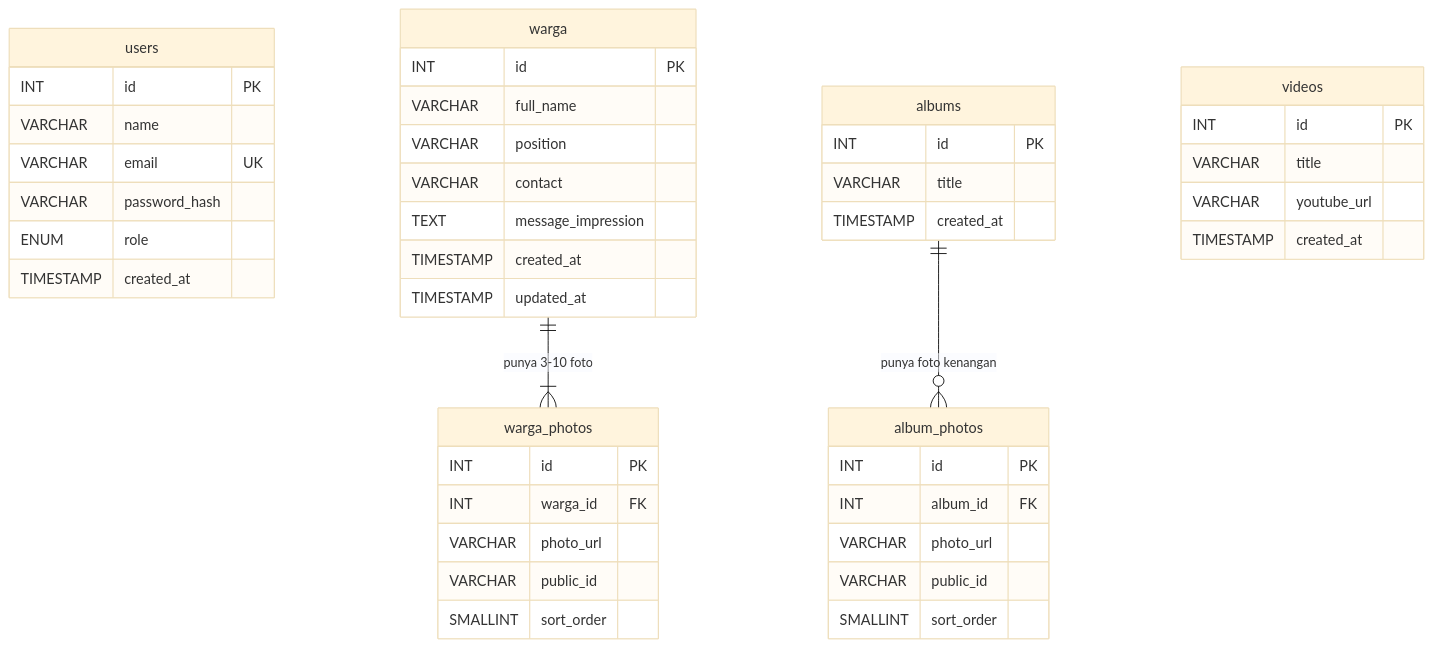
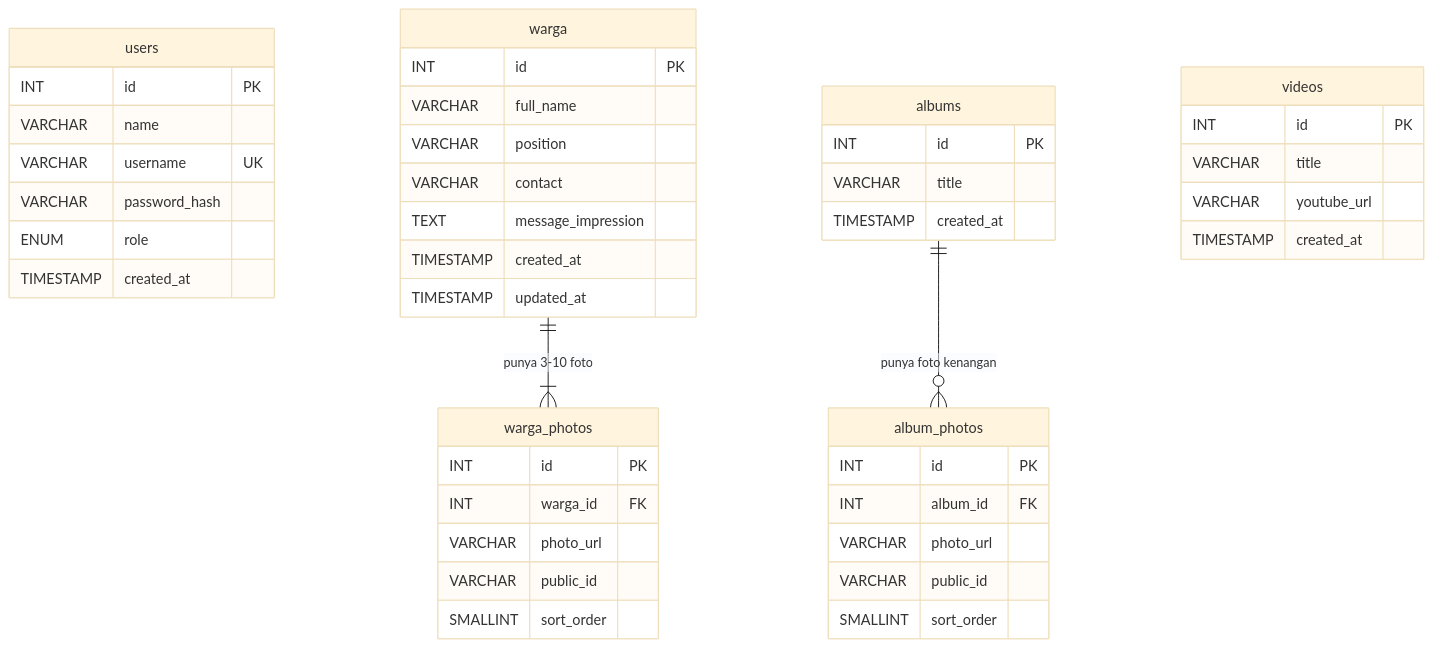
One commit to septaluardi25/warga-halim changed the diagram in docs/DATABASE_DESIGN.md. Above: the diagram before and after it, drawn with Mermaid (base theme). The commit also changed other lines of this file and 32 other files, not shown here.

Commit message:
feat(auth,warga): ubah input email menjadi username min 3 karakter dan standardisasi jabatan menjadi posisi

````diff
--- a/docs/DATABASE_DESIGN.md
+++ b/docs/DATABASE_DESIGN.md
@@ -28,48 +28,48 @@
 ```mermaid
 erDiagram
     users {
         INT id PK
         VARCHAR name
-        VARCHAR email UK
+        VARCHAR username UK
         VARCHAR password_hash
         ENUM role
         TIMESTAMP created_at
     }
     warga {
         INT id PK
         VARCHAR full_name
         VARCHAR position
         VARCHAR contact
         TEXT message_impression
         TIMESTAMP created_at
         TIMESTAMP updated_at
     }
     warga_photos {
         INT id PK
         INT warga_id FK
         VARCHAR photo_url
         VARCHAR public_id
         SMALLINT sort_order
     }
     albums {
         INT id PK
         VARCHAR title
         TIMESTAMP created_at
     }
     album_photos {
         INT id PK
         INT album_id FK
         VARCHAR photo_url
         VARCHAR public_id
         SMALLINT sort_order
     }
     videos {
         INT id PK
         VARCHAR title
         VARCHAR youtube_url
         TIMESTAMP created_at
     }
 
     warga ||--|{ warga_photos : "punya 3-10 foto"
     albums ||--o{ album_photos : "punya foto kenangan"
 ```
````
